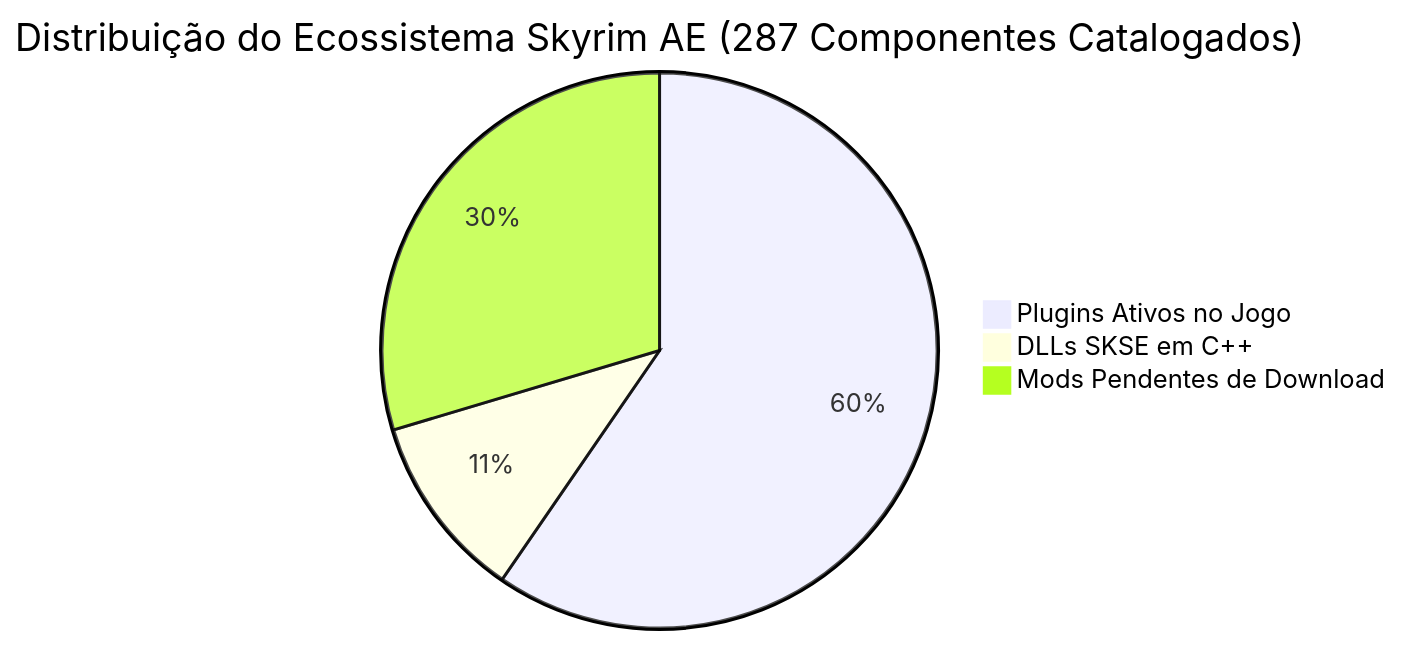
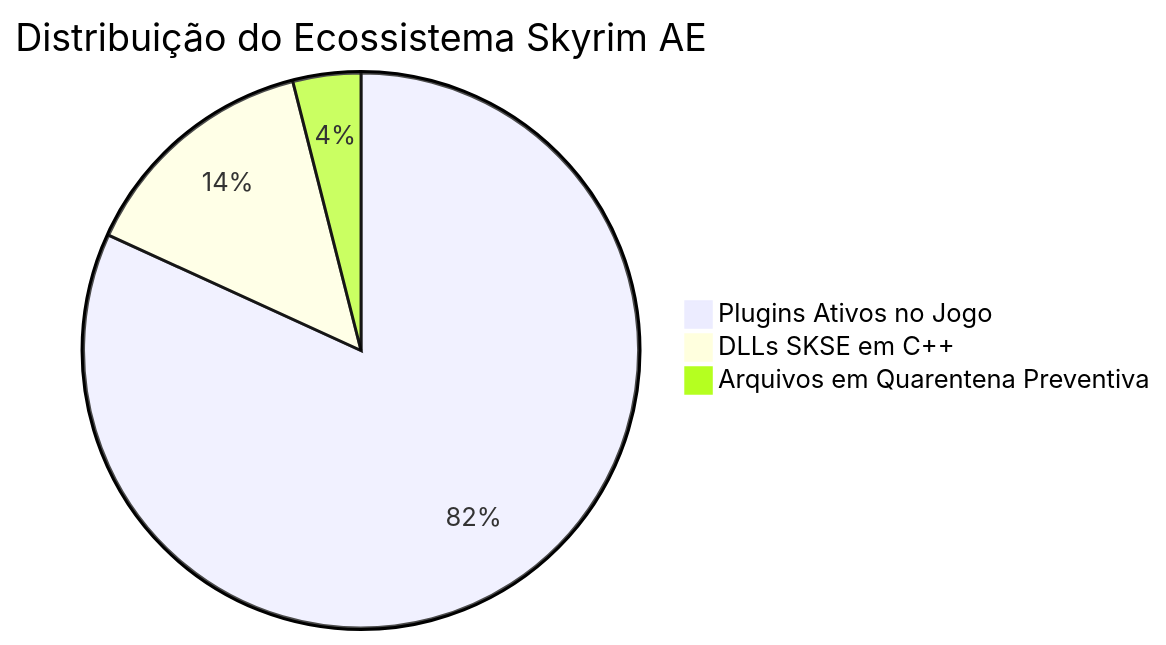
The diagram in games/skyrim-se/CHECKLIST_MODS_INSTALADOS.md (wheslancardoso/dotfiles), drawn with Mermaid before and after one commit. The commit also changed other lines of this file and 1 other file, not shown here.

Commit message:
feat(skyrim): integrar lote de 33 mods seguros, configurar 207 plugins e injetar vcruntime oficial

````diff
--- a/games/skyrim-se/CHECKLIST_MODS_INSTALADOS.md
+++ b/games/skyrim-se/CHECKLIST_MODS_INSTALADOS.md
@@ -39,6 +33,6 @@
 ```mermaid
-pie title Distribuição do Ecossistema Skyrim AE (287 Componentes Catalogados)
-    "Plugins Ativos no Jogo" : 171
-    "DLLs SKSE em C++" : 31
-    "Mods Pendentes de Download" : 85
+pie title Distribuição do Ecossistema Skyrim AE
+    "Plugins Ativos no Jogo" : 207
+    "DLLs SKSE em C++" : 36
+    "Arquivos em Quarentena Preventiva" : 10
 ```
````
